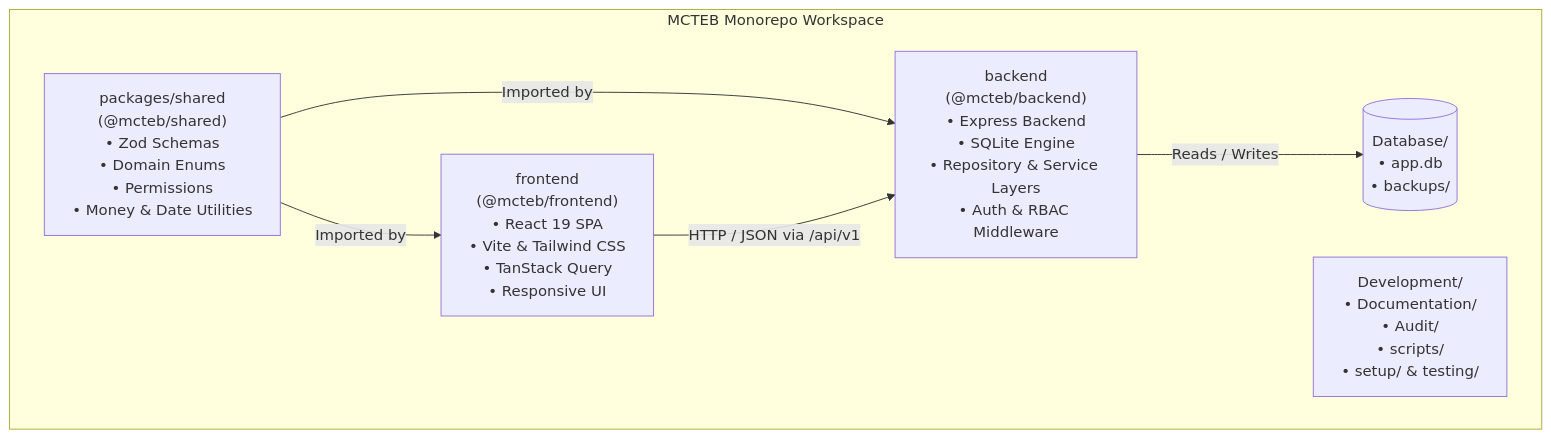
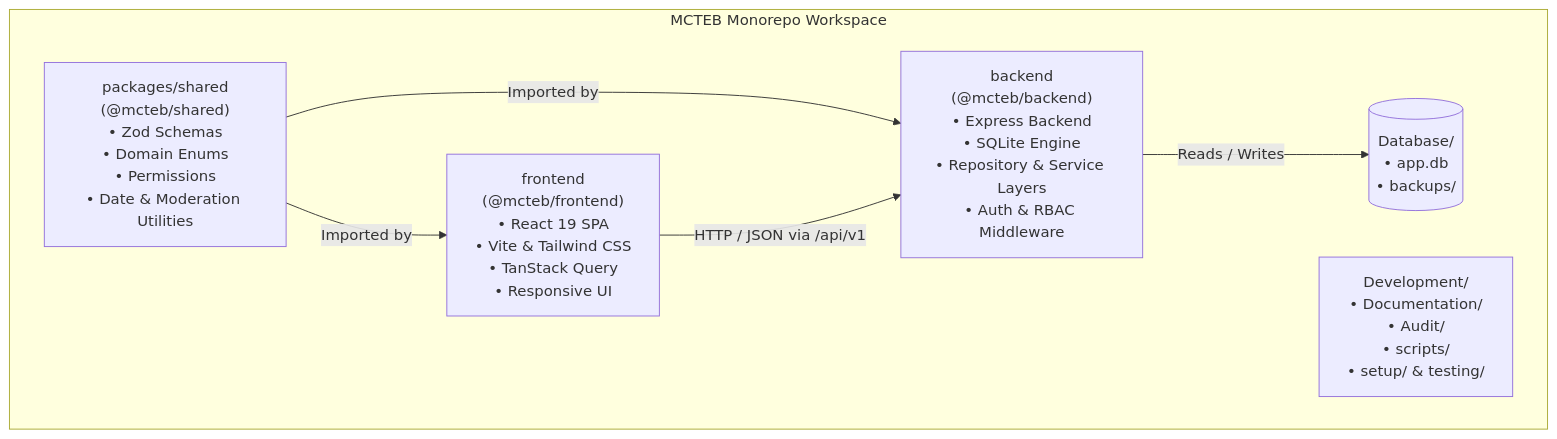
The diagram in Development/Documentation/System_Overview.md (J3SS25/MCTED), drawn with Mermaid before and after one commit. The commit also changed other lines of this file and 104 other files, not shown here.

````diff
--- a/Development/Documentation/System_Overview.md
+++ b/Development/Documentation/System_Overview.md
@@ -26,15 +25,15 @@
 ```mermaid
 flowchart TD
     subgraph Monorepo ["MCTEB Monorepo Workspace"]
-        Shared["packages/shared<br/>(@mcteb/shared)<br/>• Zod Schemas<br/>• Domain Enums<br/>• Permissions<br/>• Money & Date Utilities"]
+        Shared["packages/shared<br/>(@mcteb/shared)<br/>• Zod Schemas<br/>• Domain Enums<br/>• Permissions<br/>• Date & Moderation Utilities"]
         API["backend<br/>(@mcteb/backend)<br/>• Express Backend<br/>• SQLite Engine<br/>• Repository & Service Layers<br/>• Auth & RBAC Middleware"]
         Web["frontend<br/>(@mcteb/frontend)<br/>• React 19 SPA<br/>• Vite & Tailwind CSS<br/>• TanStack Query<br/>• Responsive UI"]
         DB[("Database/<br/>• app.db<br/>• backups/")]
         Dev["Development/<br/>• Documentation/<br/>• Audit/<br/>• scripts/<br/>• setup/ & testing/"]
     end
 
     Shared -->|Imported by| API
     Shared -->|Imported by| Web
     Web -->|HTTP / JSON via /api/v1| API
     API -->|Reads / Writes| DB
 ```
````
